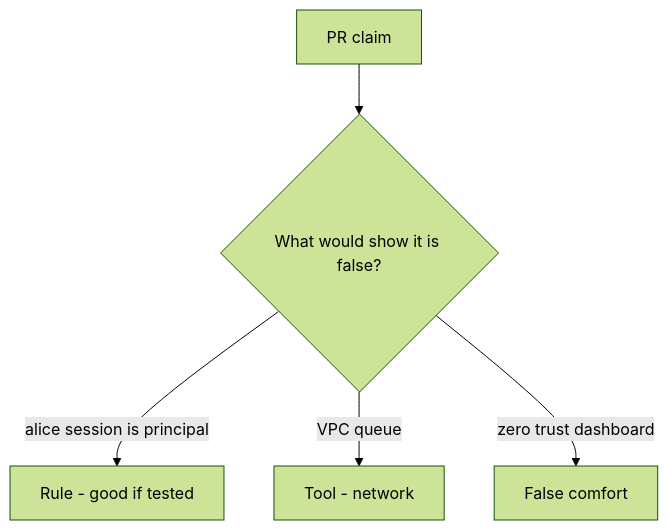
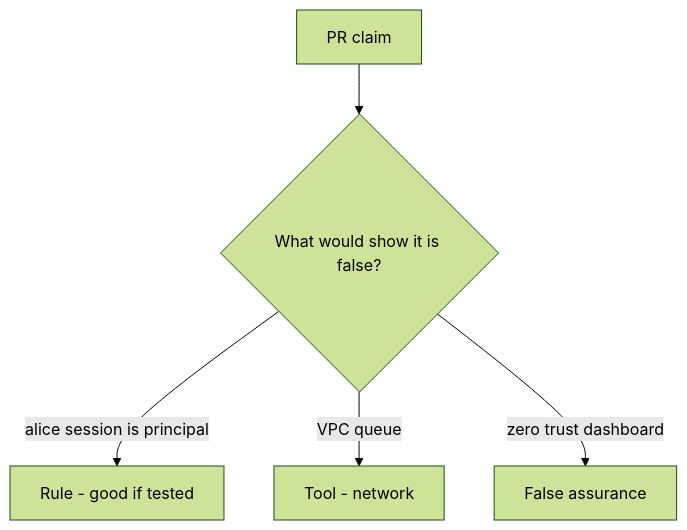
Before and after one commit to ishitvagoel/LearnSecurity: the diagram in content/modules/7/7.4/lessons/08-review.md, drawn with Mermaid (forest theme). The commit also changed other lines of this file and 240 other files, not shown here.

````diff
--- a/content/modules/7/7.4/lessons/08-review.md
+++ b/content/modules/7/7.4/lessons/08-review.md
@@ -18,7 +18,7 @@
 ```mermaid
 flowchart TD
   Claim[PR claim] --> Q{"What would show it is false?"}
   Q -->|alice session is principal| Property["Rule - good if tested"]
   Q -->|VPC queue| Mechanism[Tool - network]
-  Q -->|zero trust dashboard| False[False comfort]
+  Q -->|zero trust dashboard| False[False assurance]
 ```
````
